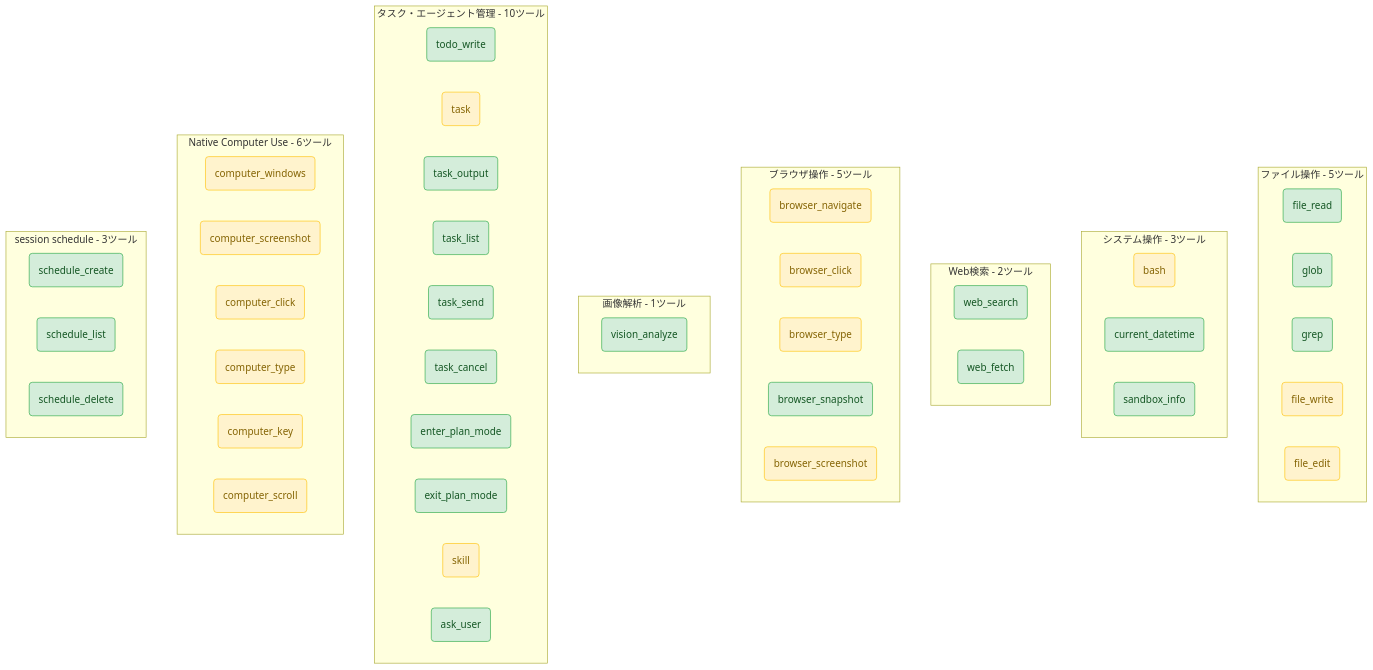
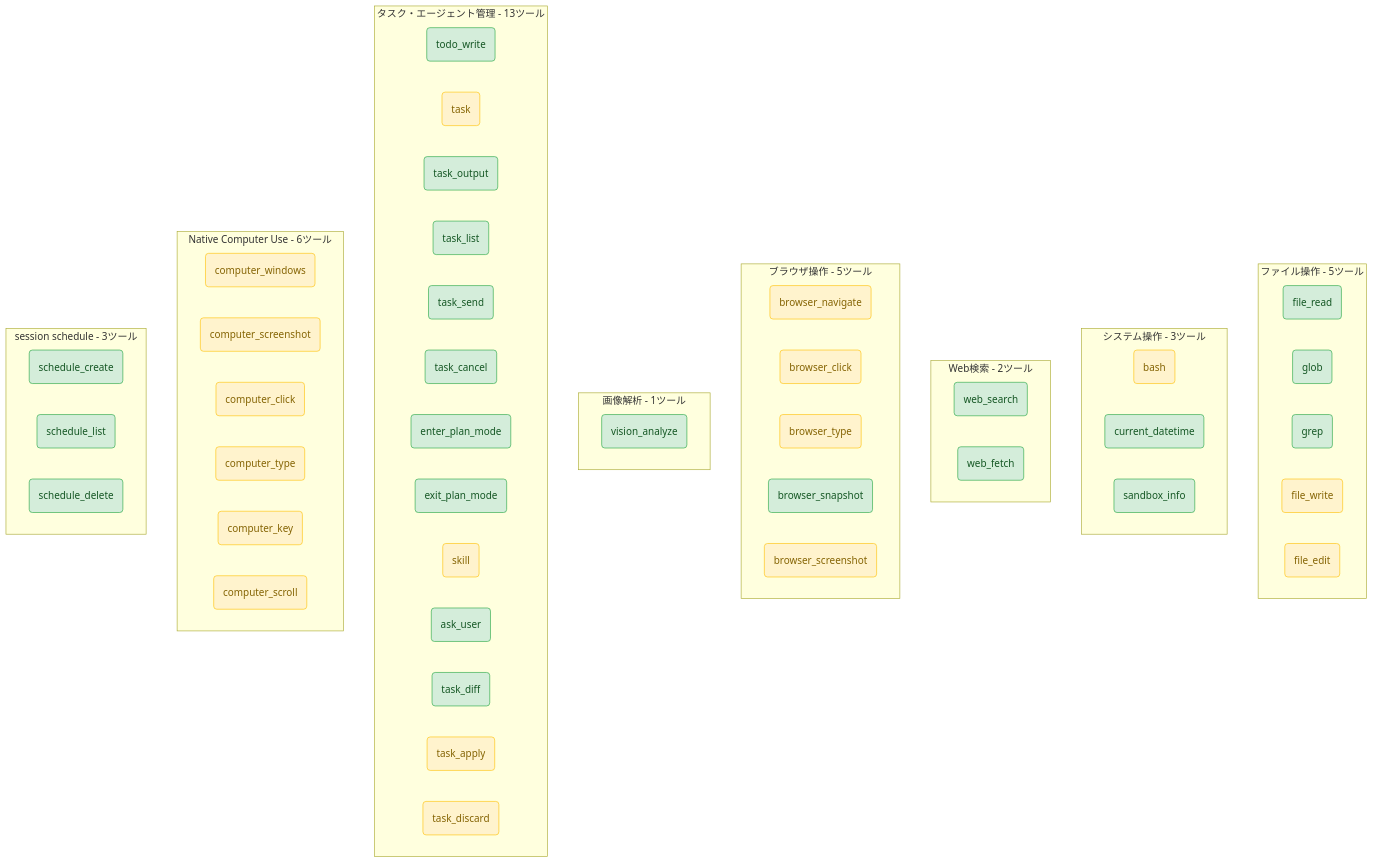
Before and after one commit to t2k2pp/lllmAgents: the fourth of 5 diagrams in docs/external_design.md, drawn with Mermaid. The commit also changed other lines of this file and 35 other files, not shown here.

````diff
--- a/docs/external_design.md
+++ b/docs/external_design.md
@@ -195,64 +195,67 @@
 ```mermaid
 graph TD
     classDef safe fill:#d4edda,stroke:#28a745,color:#155724;
     classDef ask fill:#fff3cd,stroke:#ffc107,color:#856404;
 
     subgraph Filesystem [ファイル操作 - 5ツール]
         F1(file_read):::safe
         F2(glob):::safe
         F3(grep):::safe
         F4(file_write):::ask
         F5(file_edit):::ask
     end
 
     subgraph System [システム操作 - 3ツール]
         S1(bash):::ask
         S2(current_datetime):::safe
         S3(sandbox_info):::safe
     end
 
     subgraph Web [Web検索 - 2ツール]
         W1(web_search):::safe
         W2(web_fetch):::safe
     end
 
     subgraph Browser [ブラウザ操作 - 5ツール]
         B1(browser_navigate):::ask
         B2(browser_click):::ask
         B3(browser_type):::ask
         B4(browser_snapshot):::safe
         B5(browser_screenshot):::ask
     end
 
     subgraph Vision [画像解析 - 1ツール]
         V1(vision_analyze):::safe
     end
 
-    subgraph AgentTools [タスク・エージェント管理 - 10ツール]
+    subgraph AgentTools [タスク・エージェント管理 - 13ツール]
         A1(todo_write):::safe
         A2(task):::ask
         A3(task_output):::safe
         A4(task_list):::safe
         A5(task_send):::safe
         A6(task_cancel):::safe
         A7(enter_plan_mode):::safe
         A8(exit_plan_mode):::safe
         A9(skill):::ask
         A10(ask_user):::safe
+        A11(task_diff):::safe
+        A12(task_apply):::ask
+        A13(task_discard):::ask
     end
 
     subgraph Computer [Native Computer Use - 6ツール]
         CU1(computer_windows):::ask
         CU2(computer_screenshot):::ask
         CU3(computer_click):::ask
         CU4(computer_type):::ask
         CU5(computer_key):::ask
         CU6(computer_scroll):::ask
     end
 
     subgraph Schedule [session schedule - 3ツール]
         C1(schedule_create):::safe
         C2(schedule_list):::safe
         C3(schedule_delete):::safe
     end
 ```
````
